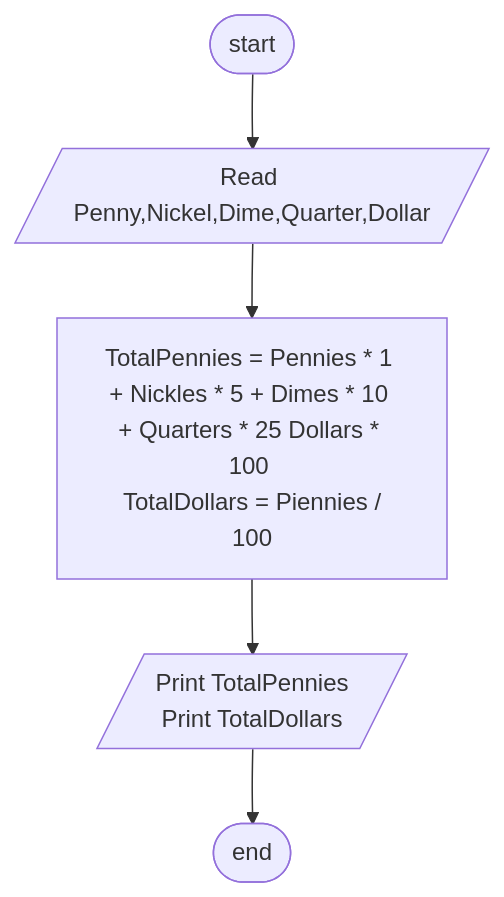
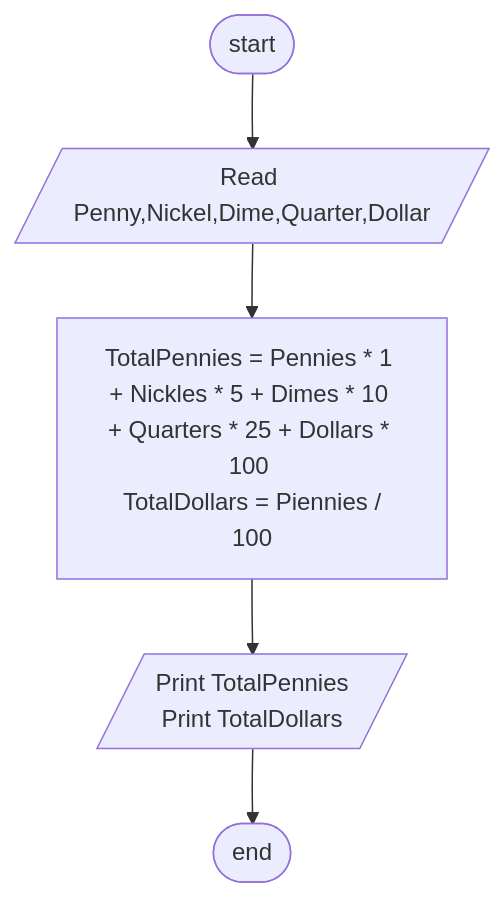
One commit to anaschetoui/dev-journey-log changed the diagram in Algorithms & Problem Solving Level 1/P35 - Piggy-Bank-Calculator.md. Above: the diagram before and after it, drawn with Mermaid. The commit also changed 1 other file, not shown here.

````diff
--- a/Algorithms & Problem Solving Level 1/P35 - Piggy-Bank-Calculator.md
+++ b/Algorithms & Problem Solving Level 1/P35 - Piggy-Bank-Calculator.md
@@ -19,11 +19,11 @@
 ```mermaid
 flowchart TD
 
 S([start])
 E([end])
 R[/Read Penny,Nickel,Dime,Quarter,Dollar/]
-TPD[TotalPennies = Pennies * 1 + Nickles * 5 + Dimes * 10 + Quarters * 25 Dollars * 100 <br> TotalDollars = Piennies / 100]
+TPD[TotalPennies = Pennies * 1 + Nickles * 5 + Dimes * 10 + Quarters * 25 + Dollars * 100 <br> TotalDollars = Piennies / 100]
 P[/Print TotalPennies <br> Print TotalDollars/]
 S-->R-->TPD-->P-->E
 
 ```
````
